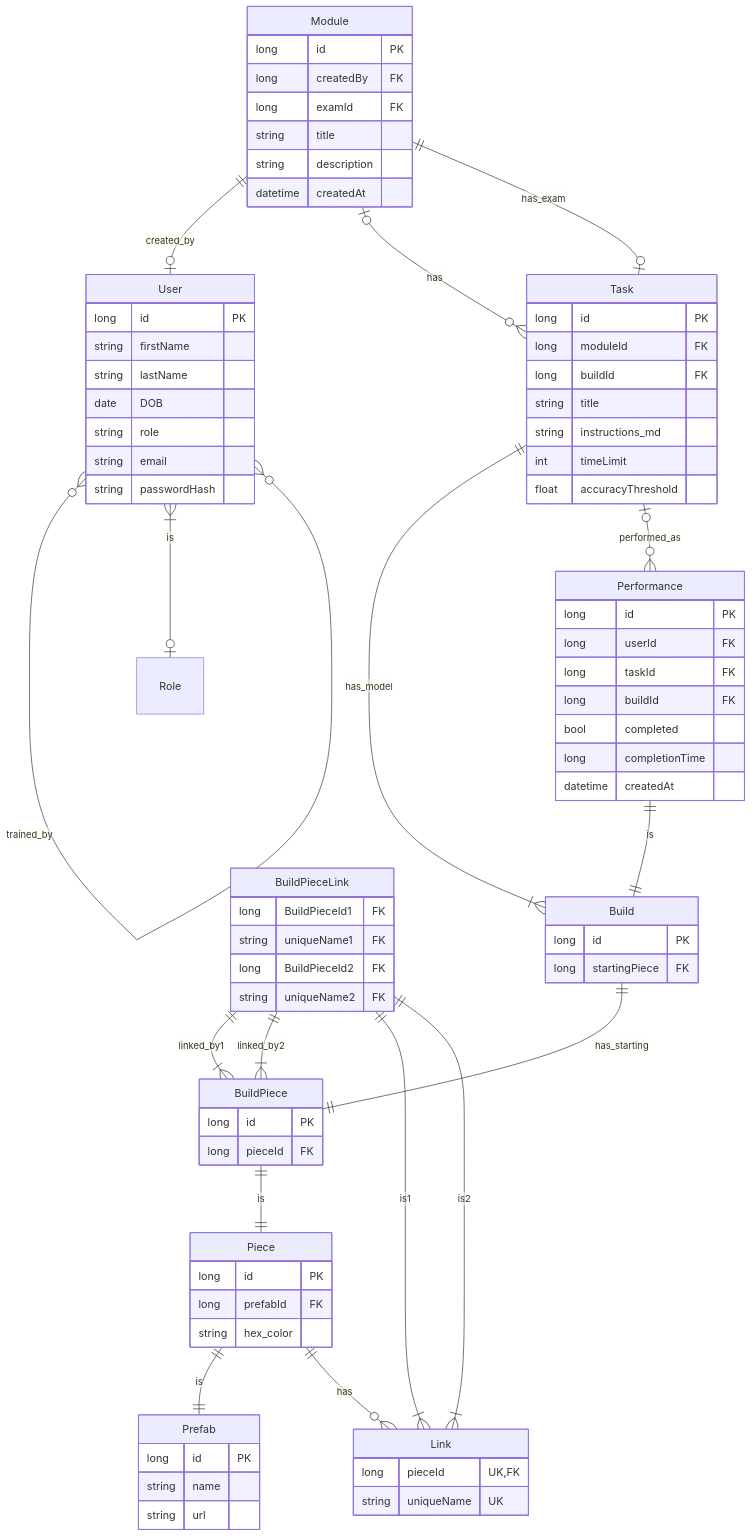
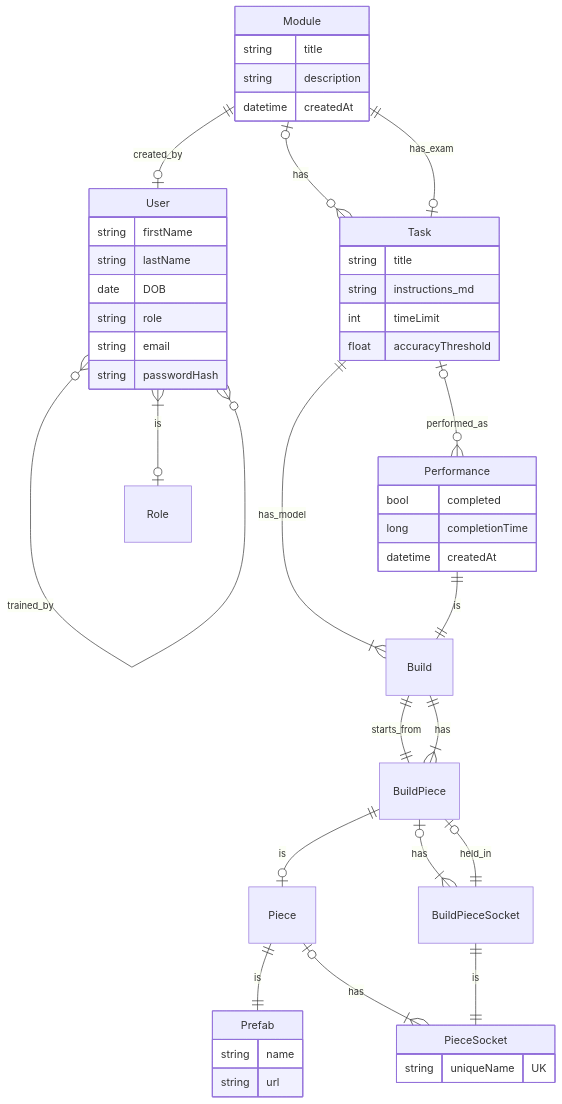
The diagram in docs/erd.md (ali-hy/the-learning-lens), drawn with Mermaid before and after one commit. The commit also changed 28 other files, not shown here.

````diff
--- a/docs/erd.md
+++ b/docs/erd.md
@@ -3,7 +3,6 @@
 ```mermaid
 erDiagram
   User {
-    long id PK
     string firstName
     string lastName
     date DOB
@@ -15,9 +14,6 @@
   User }|--o| Role: is
 
   Module {
-    long id PK
-    long createdBy FK
-    long examId FK
     string title
     string description
     datetime createdAt
@@ -27,9 +23,6 @@
   Module ||--o| Task: has_exam
 
   Task {
-    long id PK
-    long moduleId FK
-    long buildId FK
     string title
     string instructions_md
     int timeLimit
@@ -39,54 +32,29 @@
   Task |o--o{ Performance: performed_as
 
   Performance {
-    long id PK
-    long userId FK
-    long taskId FK
-    long buildId FK
     bool completed
     long completionTime
     datetime createdAt
   }
   Performance ||--|| Build: is
 
-  Build {
-    long id PK
-    long startingPiece FK
-  }
-  Build ||--|| BuildPiece: has_starting
+  Build ||--|| BuildPiece: starts_from
+  Build ||--|{ BuildPiece: has
 
-  BuildPiece {
-    long id PK
-    long pieceId FK
-  }
-  BuildPiece ||--|| Piece: is
+  BuildPiece ||--o| Piece: is
+  BuildPiece |o--|{ BuildPieceSocket: has
+  BuildPiece |o--|| BuildPieceSocket: held_in
 
-  BuildPieceLink {
-    long BuildPieceId1 FK
-    string uniqueName1 FK
-    long BuildPieceId2 FK
-    string uniqueName2 FK
-  }
-  BuildPieceLink ||--|{ BuildPiece: linked_by1
-  BuildPieceLink ||--|{ BuildPiece: linked_by2
-  BuildPieceLink ||--|{ Link: is1
-  BuildPieceLink ||--|{ Link: is2
+  BuildPieceSocket ||--|| PieceSocket: is
 
-  Piece {
-    long id PK
-    long prefabId FK
-    string hex_color
-  }
   Piece ||--|| Prefab: is
-  Piece ||--o{ Link: has
+  Piece |o--|{ PieceSocket: has
 
-  Link {
-    long pieceId UK, FK
+  PieceSocket {
     string uniqueName UK
   }
 
   Prefab {
-    long id PK
     string name
     string url
   }
````
